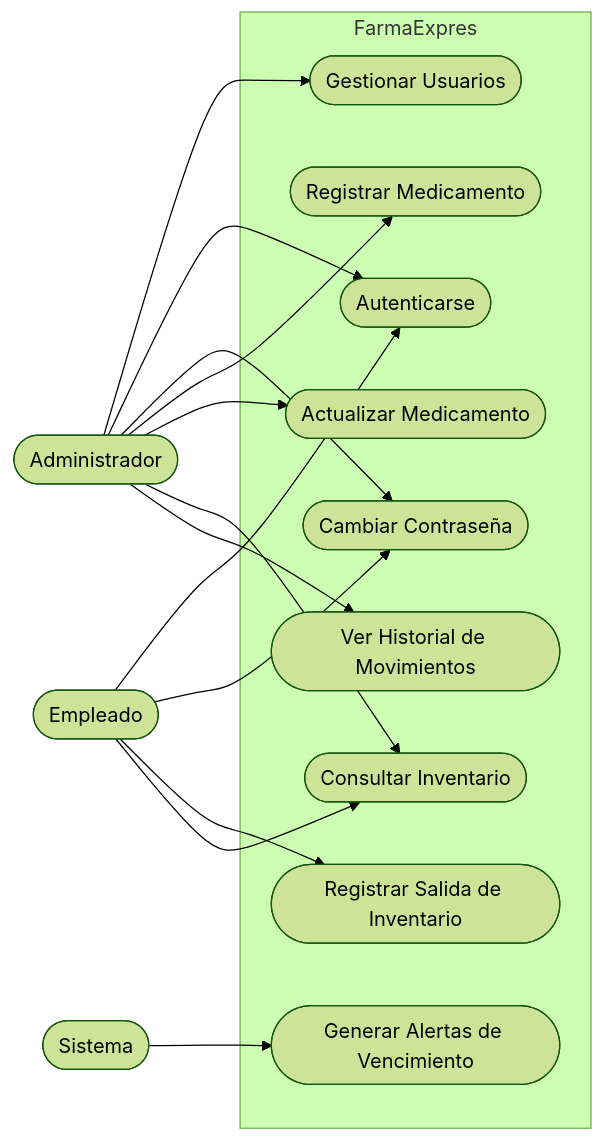
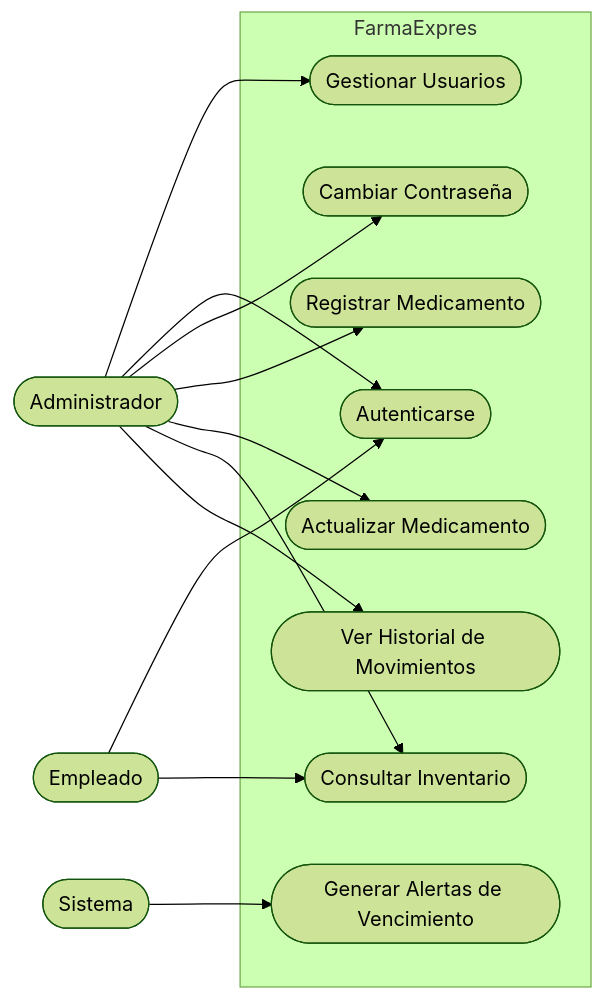
One commit to jose6668/FarmaExpres-Diagramas changed the second of 4 diagrams in README.md. Above: the diagram before and after it, drawn with Mermaid (forest theme). The commit also changed other lines of this file, not shown here.

Commit message:
(fix: diagram correction)

````diff
--- a/README.md
+++ b/README.md
@@ -127,46 +129,44 @@
 ```mermaid
 
 flowchart LR
 
 Administrador([Administrador])
 Empleado([Empleado])
 Sistema([Sistema])
 
 subgraph FarmaExpres
 
 UC1([Gestionar Usuarios])
 UC2([Autenticarse])
 UC3([Cambiar Contraseña])
 
 UC4([Registrar Medicamento])
 UC5([Actualizar Medicamento])
 
-UC6([Registrar Salida de Inventario])
+
 UC7([Consultar Inventario])
 
 UC8([Generar Alertas de Vencimiento])
 
 UC11([Ver Historial de Movimientos])
 
 end
 
 %% Relaciones Administrador
 Administrador --> UC1
 Administrador --> UC2
 Administrador --> UC3
 Administrador --> UC4
 Administrador --> UC5
 Administrador --> UC7
 Administrador --> UC11
 
 %% Relaciones Farmacéutico
 Empleado --> UC2
-Empleado --> UC3
-Empleado --> UC6
 Empleado --> UC7
 
 
 
 %% Sistema genera alertas automáticamente
 Sistema --> UC8
 ```
````
